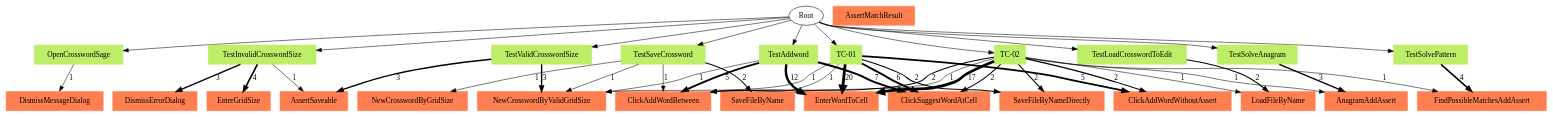
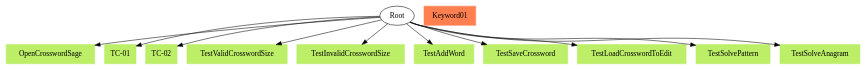
One commit to mypstom/robotide changed the diagram in TC2UK.gv. Above: the diagram before and after it, drawn with Graphviz. The commit also changed 21 other files, not shown here.

```diff
--- a/TC2UK.gv
+++ b/TC2UK.gv
@@ -1,72 +1,25 @@
 // TC <-> UK
 digraph {
 	Root
-	ClickAddWordBetween [color=coral shape=box style=filled]
-	DismissErrorDialog [color=coral shape=box style=filled]
-	LoadFileByName [color=coral shape=box style=filled]
-	EnterGridSize [color=coral shape=box style=filled]
-	SaveFileByName [color=coral shape=box style=filled]
-	AnagramAddAssert [color=coral shape=box style=filled]
-	SaveFileByNameDirectly [color=coral shape=box style=filled]
-	DismissMessageDialog [color=coral shape=box style=filled]
-	ClickSuggestWordAtCell [color=coral shape=box style=filled]
-	ClickAddWordWithoutAssert [color=coral shape=box style=filled]
-	EnterWordToCell [color=coral shape=box style=filled]
-	AssertSaveable [color=coral shape=box style=filled]
-	AssertMatchResult [color=coral shape=box style=filled]
-	NewCrosswordByGridSize [color=coral shape=box style=filled]
-	NewCrosswordByValidGridSize [color=coral shape=box style=filled]
-	FindPossibleMatchesAddAssert [color=coral shape=box style=filled]
+	Keyword01 [color=coral shape=box style=filled]
 	OpenCrosswordSage [color=darkolivegreen2 shape=box style=filled]
 		Root -> OpenCrosswordSage
+	"TC-01" [color=darkolivegreen2 shape=box style=filled]
+		Root -> "TC-01"
+	"TC-02" [color=darkolivegreen2 shape=box style=filled]
+		Root -> "TC-02"
 	TestValidCrosswordSize [color=darkolivegreen2 shape=box style=filled]
 		Root -> TestValidCrosswordSize
 	TestInvalidCrosswordSize [color=darkolivegreen2 shape=box style=filled]
 		Root -> TestInvalidCrosswordSize
-	TestAddword [color=darkolivegreen2 shape=box style=filled]
-		Root -> TestAddword
+	TestAddWord [color=darkolivegreen2 shape=box style=filled]
+		Root -> TestAddWord
 	TestSaveCrossword [color=darkolivegreen2 shape=box style=filled]
 		Root -> TestSaveCrossword
 	TestLoadCrosswordToEdit [color=darkolivegreen2 shape=box style=filled]
 		Root -> TestLoadCrosswordToEdit
 	TestSolvePattern [color=darkolivegreen2 shape=box style=filled]
 		Root -> TestSolvePattern
 	TestSolveAnagram [color=darkolivegreen2 shape=box style=filled]
 		Root -> TestSolveAnagram
-	"TC-01" [color=darkolivegreen2 shape=box style=filled]
-		Root -> "TC-01"
-	"TC-02" [color=darkolivegreen2 shape=box style=filled]
-		Root -> "TC-02"
-		TestSaveCrossword -> ClickAddWordBetween [label=1 penwidth=1.0]
-		TestInvalidCrosswordSize -> EnterGridSize [label=4 penwidth=3.0]
-		TestSaveCrossword -> SaveFileByName [label=2 penwidth=2.0]
-		TestValidCrosswordSize -> NewCrosswordByValidGridSize [label=3 penwidth=2.58496250072]
-		"TC-01" -> ClickSuggestWordAtCell [label=6 penwidth=3.58496250072]
-		TestSaveCrossword -> NewCrosswordByGridSize [label=1 penwidth=1.0]
-		TestAddword -> ClickAddWordBetween [label=5 penwidth=3.32192809489]
-		"TC-01" -> SaveFileByNameDirectly [label=2 penwidth=2.0]
-		"TC-02" -> ClickAddWordWithoutAssert [label=2 penwidth=2.0]
-		TestInvalidCrosswordSize -> AssertSaveable [label=1 penwidth=1.0]
-		"TC-01" -> EnterWordToCell [label=20 penwidth=5.32192809489]
-		TestSolveAnagram -> AnagramAddAssert [label=3 penwidth=2.58496250072]
-		"TC-01" -> ClickAddWordBetween [label=1 penwidth=1.0]
-		"TC-01" -> NewCrosswordByValidGridSize [label=1 penwidth=1.0]
-		"TC-02" -> ClickAddWordBetween [label=2 penwidth=2.0]
-		TestAddword -> NewCrosswordByValidGridSize [label=1 penwidth=1.0]
-		TestAddword -> EnterWordToCell [label=12 penwidth=4.58496250072]
-		TestSolvePattern -> FindPossibleMatchesAddAssert [label=4 penwidth=3.0]
-		"TC-02" -> FindPossibleMatchesAddAssert [label=1 penwidth=1.0]
-		"TC-02" -> ClickSuggestWordAtCell [label=2 penwidth=2.0]
-		"TC-02" -> SaveFileByName [label=1 penwidth=1.0]
-		"TC-02" -> SaveFileByNameDirectly [label=2 penwidth=2.0]
-		TestLoadCrosswordToEdit -> LoadFileByName [label=2 penwidth=2.0]
-		"TC-02" -> LoadFileByName [label=1 penwidth=1.0]
-		TestValidCrosswordSize -> AssertSaveable [label=3 penwidth=2.58496250072]
-		TestInvalidCrosswordSize -> DismissErrorDialog [label=3 penwidth=2.58496250072]
-		OpenCrosswordSage -> DismissMessageDialog [label=1 penwidth=1.0]
-		"TC-02" -> AnagramAddAssert [label=1 penwidth=1.0]
-		"TC-02" -> EnterWordToCell [label=17 penwidth=5.08746284125]
-		"TC-01" -> ClickAddWordWithoutAssert [label=5 penwidth=3.32192809489]
-		TestAddword -> ClickSuggestWordAtCell [label=7 penwidth=3.80735492206]
-		TestSaveCrossword -> NewCrosswordByValidGridSize [label=1 penwidth=1.0]
 }
```
